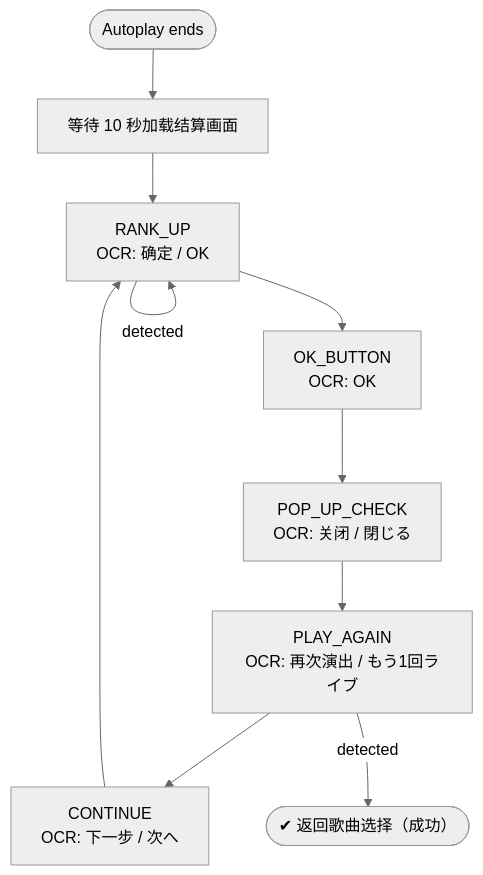
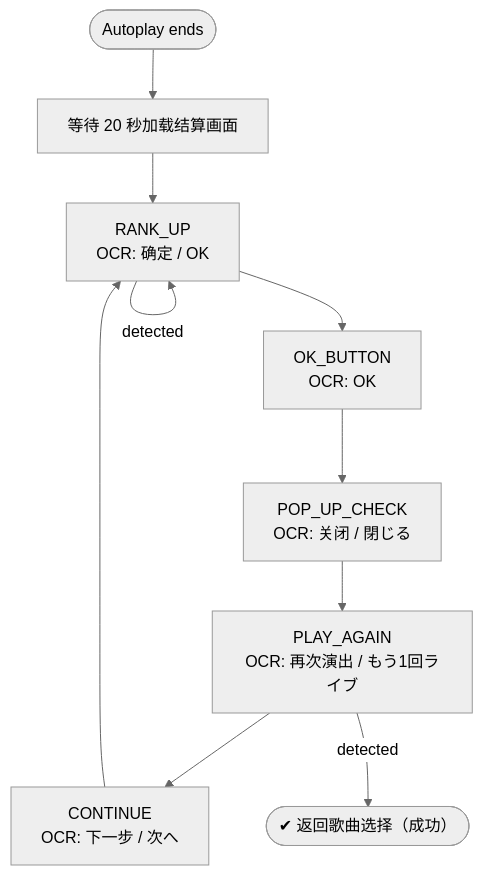
The diagram in README.md (Emonli/ssm-gui), drawn with Mermaid (neutral theme) before and after one commit.

````diff
--- a/README.md
+++ b/README.md
@@ -79,30 +79,30 @@
 ```mermaid
 flowchart TD
 
-    START(["Autoplay ends"]) --> WAIT10["等待 10 秒加载结算画面"]
-    WAIT10 --> RANKUP
+    START(["Autoplay ends"]) --> WAIT20["等待 20 秒加载结算画面"]
+    WAIT20 --> RANKUP
 
     %% --- RANK UP ---
     RANKUP["RANK_UP<br/>OCR: 确定 / OK "] 
     RANKUP --> OKBTN
     RANKUP -- "detected" --> RANKUP
 
     %% --- OK BUTTON ---
     OKBTN["OK_BUTTON<br/>OCR: OK"] 
     OKBTN --> POP
 
     %% --- POP UP CHECK ---
     POP["POP_UP_CHECK<br/>OCR: 关闭 / 閉じる"] 
     POP --> PLAYAGAIN
 
     %% --- PLAY AGAIN ---
     PLAYAGAIN["PLAY_AGAIN<br/>OCR: 再次演出 / もう1回ライブ"]
     PLAYAGAIN --> CONT
     PLAYAGAIN -- "detected" --> DONE
 
     %% --- CONTINUE ---
     CONT["CONTINUE<br/>OCR: 下一步 / 次へ"]
     CONT --> RANKUP
 
     DONE(["✔ 返回歌曲选择（成功）"])
 ```
````
